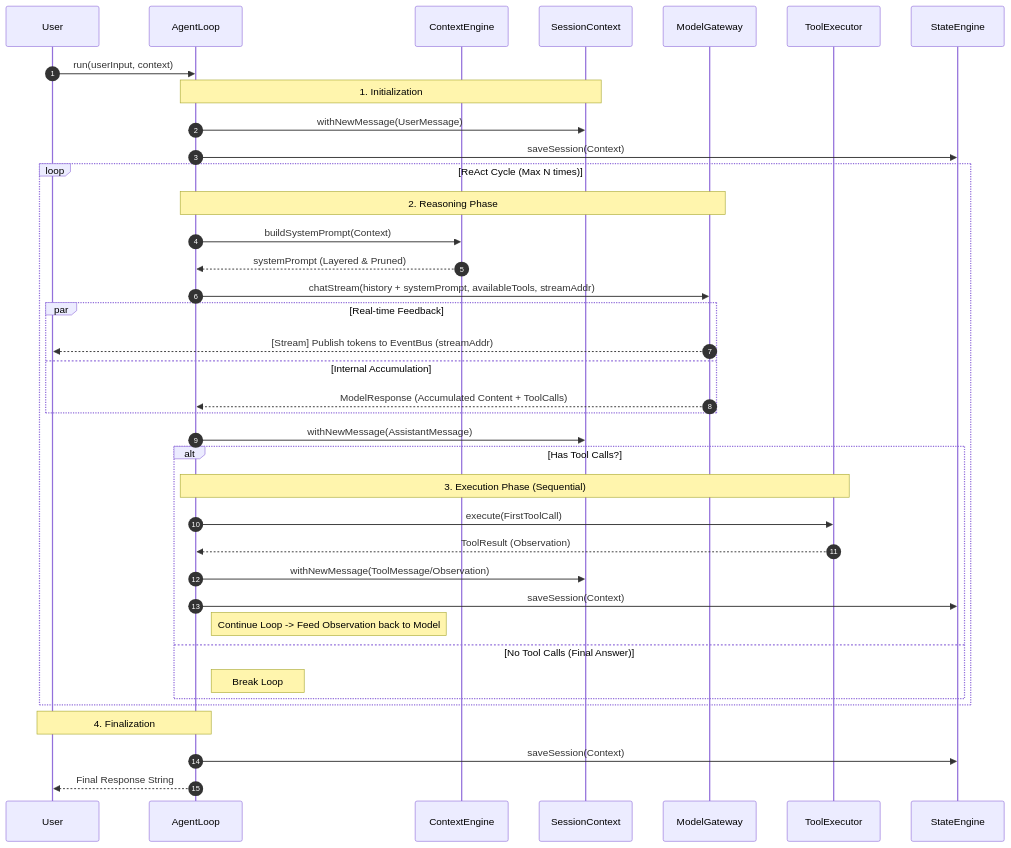
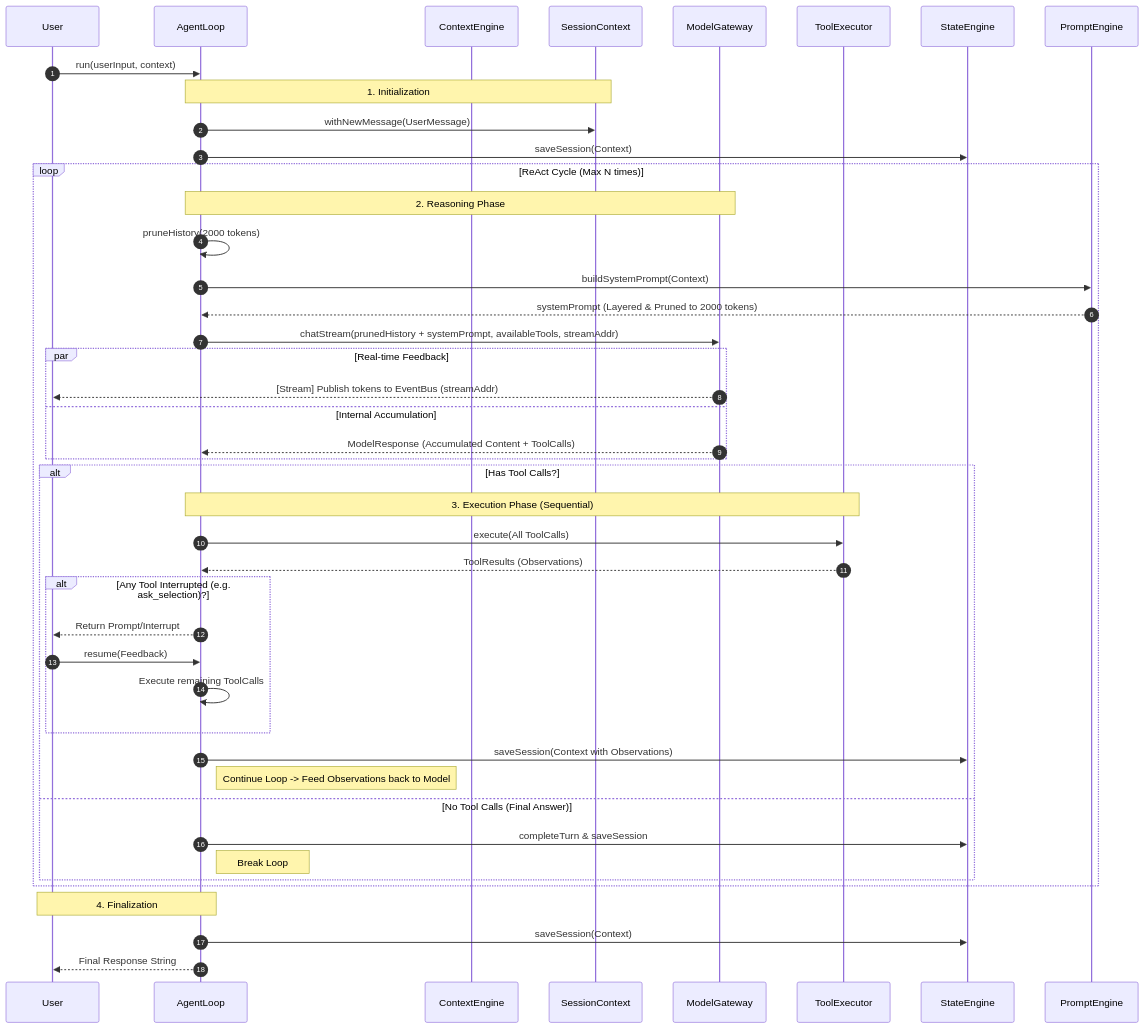
Before and after one commit to stream-iori/ganglia: the second of 3 diagrams in docs/CORE_KERNEL_DESIGN.md, drawn with Mermaid. The commit also changed other lines of this file and 6 other files, not shown here.

First line of the commit message:
docs: Update architectural design to match latest implementation

````diff
--- a/docs/CORE_KERNEL_DESIGN.md
+++ b/docs/CORE_KERNEL_DESIGN.md
@@ -125,51 +128,55 @@
 ```mermaid
 sequenceDiagram
     autonumber
     participant User
     participant AgentLoop
     participant ContextEngine
     participant Context as SessionContext
     participant Model as ModelGateway
     participant ToolExec as ToolExecutor
     participant State as StateEngine
 
     User->>AgentLoop: run(userInput, context)
     
     Note over AgentLoop, Context: 1. Initialization
     AgentLoop->>Context: withNewMessage(UserMessage)
     AgentLoop->>State: saveSession(Context)
 
     loop ReAct Cycle (Max N times)
         Note over AgentLoop, Model: 2. Reasoning Phase
-        AgentLoop->>ContextEngine: buildSystemPrompt(Context)
-        ContextEngine-->>AgentLoop: systemPrompt (Layered & Pruned)
+        AgentLoop->>AgentLoop: pruneHistory(2000 tokens)
+        AgentLoop->>PromptEngine: buildSystemPrompt(Context)
+        PromptEngine-->>AgentLoop: systemPrompt (Layered & Pruned to 2000 tokens)
         
-        AgentLoop->>Model: chatStream(history + systemPrompt, availableTools, streamAddr)
+        AgentLoop->>Model: chatStream(prunedHistory + systemPrompt, availableTools, streamAddr)
         
         par Real-time Feedback
             Model-->>User: [Stream] Publish tokens to EventBus (streamAddr)
         and Internal Accumulation
             Model-->>AgentLoop: ModelResponse (Accumulated Content + ToolCalls)
         end
         
-        AgentLoop->>Context: withNewMessage(AssistantMessage)
-        
         alt Has Tool Calls?
             Note over AgentLoop, ToolExec: 3. Execution Phase (Sequential)
+            AgentLoop->>ToolExec: execute(All ToolCalls)
+            ToolExec-->>AgentLoop: ToolResults (Observations)
             
-            AgentLoop->>ToolExec: execute(FirstToolCall)
-            ToolExec-->>AgentLoop: ToolResult (Observation)
-            AgentLoop->>Context: withNewMessage(ToolMessage/Observation)
+            alt Any Tool Interrupted (e.g. ask_selection)?
+                AgentLoop-->>User: Return Prompt/Interrupt
+                User->>AgentLoop: resume(Feedback)
+                AgentLoop->>AgentLoop: Execute remaining ToolCalls
+            end
             
-            AgentLoop->>State: saveSession(Context)
-            Note right of AgentLoop: Continue Loop -> Feed Observation back to Model
+            AgentLoop->>State: saveSession(Context with Observations)
+            Note right of AgentLoop: Continue Loop -> Feed Observations back to Model
             
         else No Tool Calls (Final Answer)
+            AgentLoop->>State: completeTurn & saveSession
             Note right of AgentLoop: Break Loop
         end
     end
 
     Note over AgentLoop, User: 4. Finalization
     AgentLoop->>State: saveSession(Context)
     AgentLoop-->>User: Final Response String
 ```
````
